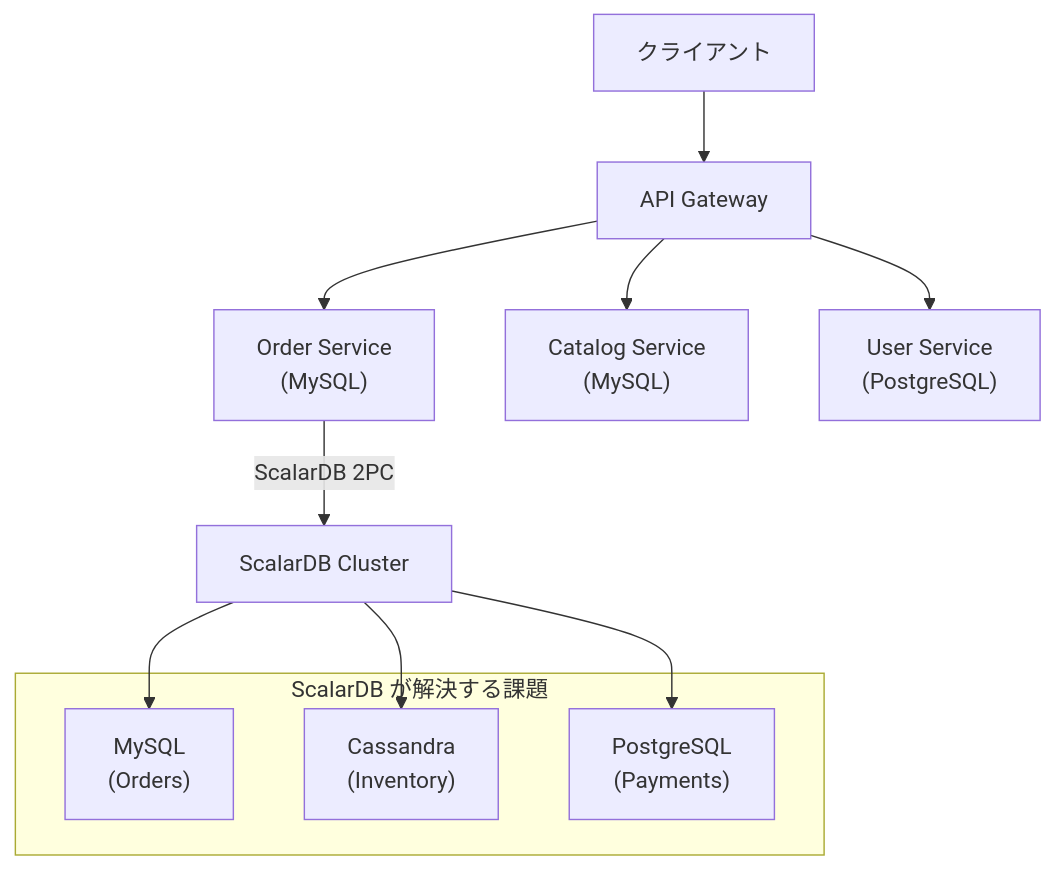
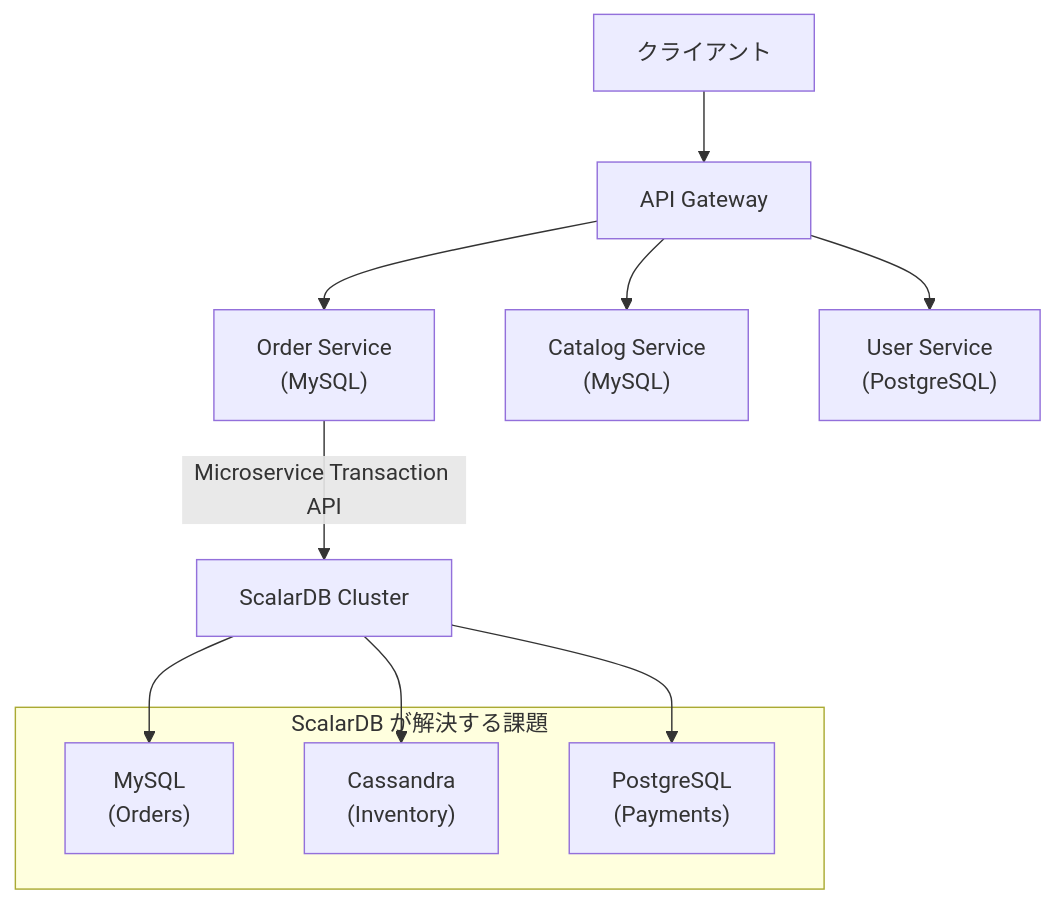
The diagram in samples/ec-monolith/README.md (wfukatsu/nexus-architect), drawn with Mermaid before and after one commit. The commit also changed other lines of this file and 16 other files, not shown here.

````diff
--- a/samples/ec-monolith/README.md
+++ b/samples/ec-monolith/README.md
@@ -128,18 +130,18 @@
 ```mermaid
 graph TB
     Client["クライアント"] --> GW["API Gateway"]
     GW --> OrderSvc["Order Service\n(MySQL)"]
     GW --> CatalogSvc["Catalog Service\n(MySQL)"]
     GW --> UserSvc["User Service\n(PostgreSQL)"]
 
-    OrderSvc -->|"ScalarDB 2PC"| ScalarDB["ScalarDB Cluster"]
+    OrderSvc -->|"Microservice Transaction API"| ScalarDB["ScalarDB Cluster"]
     ScalarDB --> MySQL["MySQL\n(Orders)"]
     ScalarDB --> Cassandra["Cassandra\n(Inventory)"]
     ScalarDB --> PostgreSQL["PostgreSQL\n(Payments)"]
 
     subgraph "ScalarDB が解決する課題"
         MySQL
         Cassandra
         PostgreSQL
     end
 ```
````
